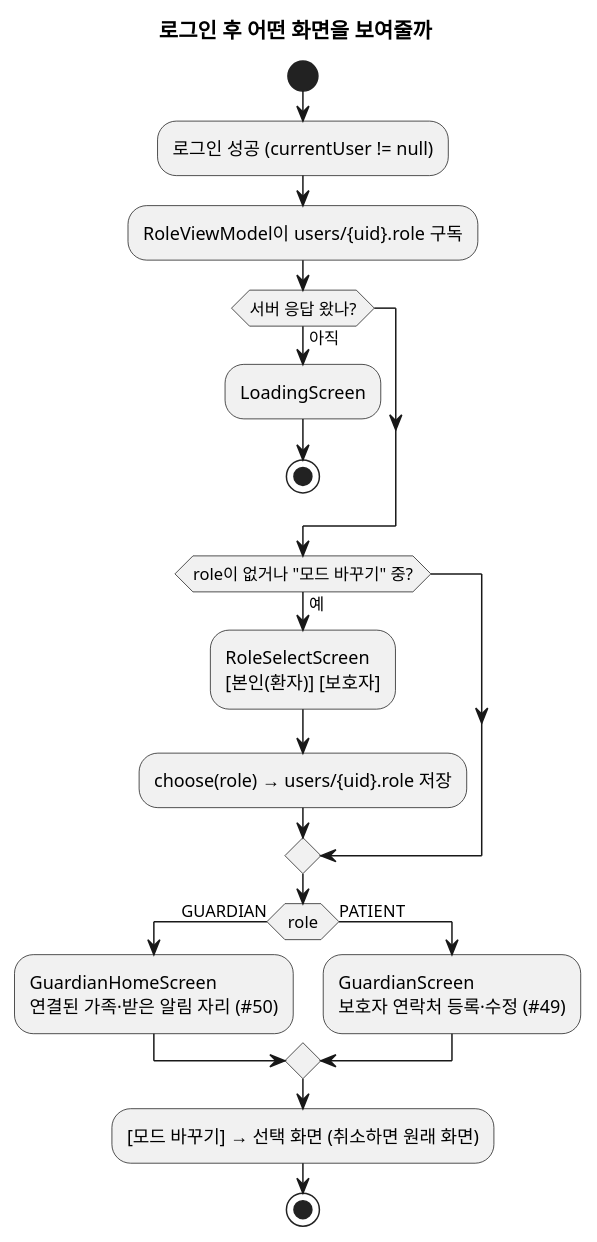
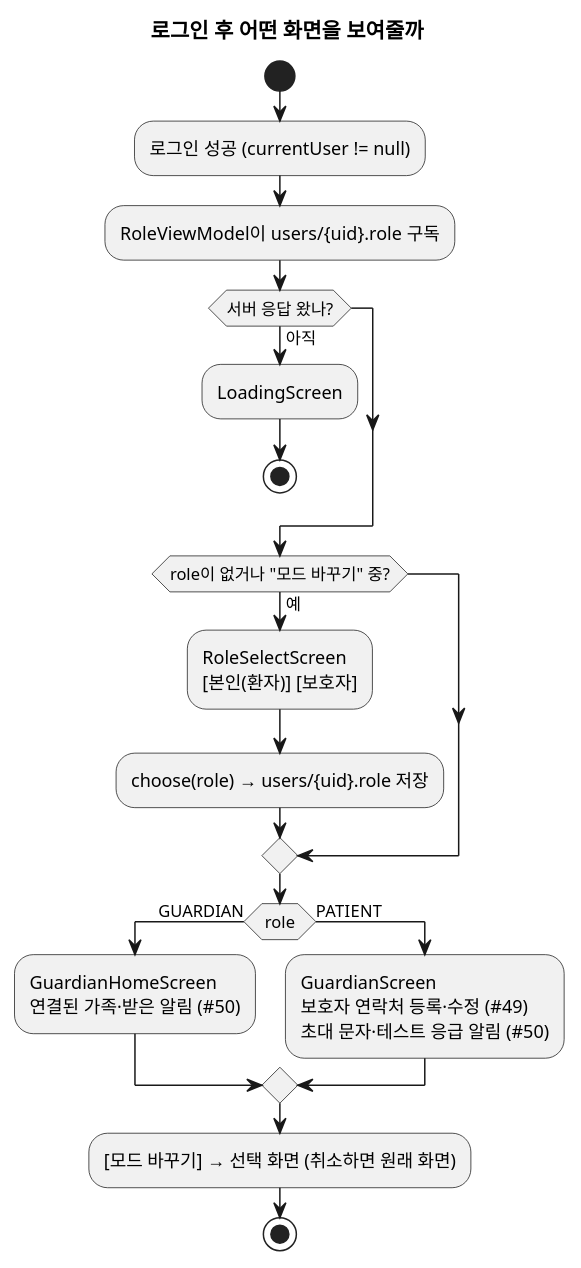
The second of 2 diagrams in docs/uml/mobile-app-mode.puml (W-tch0ut/watchout), drawn with PlantUML before and after one commit. The commit also changed other lines of this file and 4 other files, not shown here.

Commit message:
docs: 보호자 연결·응급 알림 문서와 UML 추가 (#50)

```diff
--- a/docs/uml/mobile-app-mode.puml
+++ b/docs/uml/mobile-app-mode.puml
@@ -78,21 +83,21 @@
 @startuml mobile-app-mode-flow
 title 로그인 후 어떤 화면을 보여줄까
 start
 :로그인 성공 (currentUser != null);
 :RoleViewModel이 users/{uid}.role 구독;
 if (서버 응답 왔나?) then (아직)
   :LoadingScreen;
   stop
 endif
 if (role이 없거나 "모드 바꾸기" 중?) then (예)
   :RoleSelectScreen\n[본인(환자)] [보호자];
   :choose(role) → users/{uid}.role 저장;
 endif
 if (role) then (GUARDIAN)
-  :GuardianHomeScreen\n연결된 가족·받은 알림 자리 (#50);
+  :GuardianHomeScreen\n연결된 가족·받은 알림 (#50);
 else (PATIENT)
-  :GuardianScreen\n보호자 연락처 등록·수정 (#49);
+  :GuardianScreen\n보호자 연락처 등록·수정 (#49)\n초대 문자·테스트 응급 알림 (#50);
 endif
 :[모드 바꾸기] → 선택 화면 (취소하면 원래 화면);
 stop
 @enduml
```
